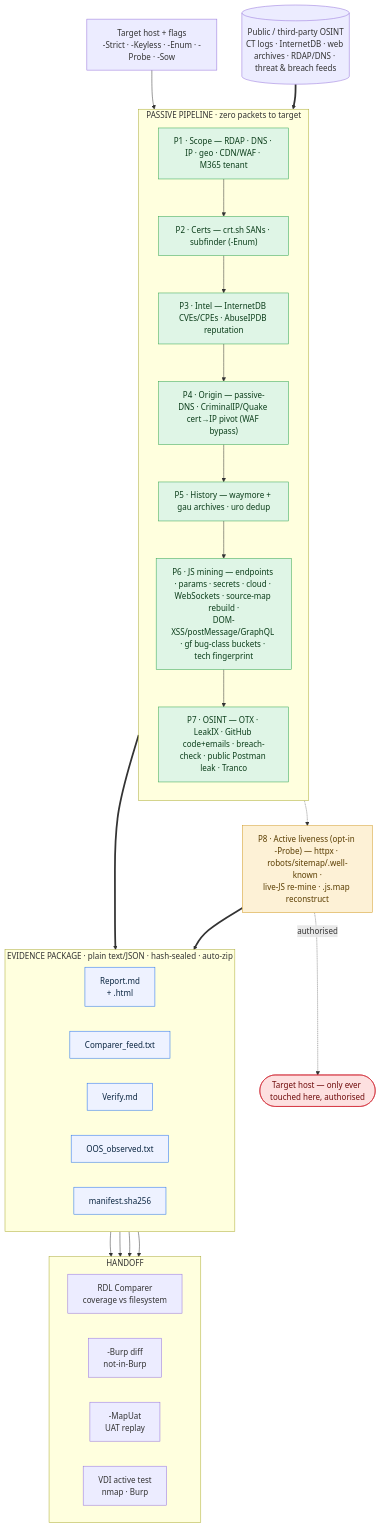
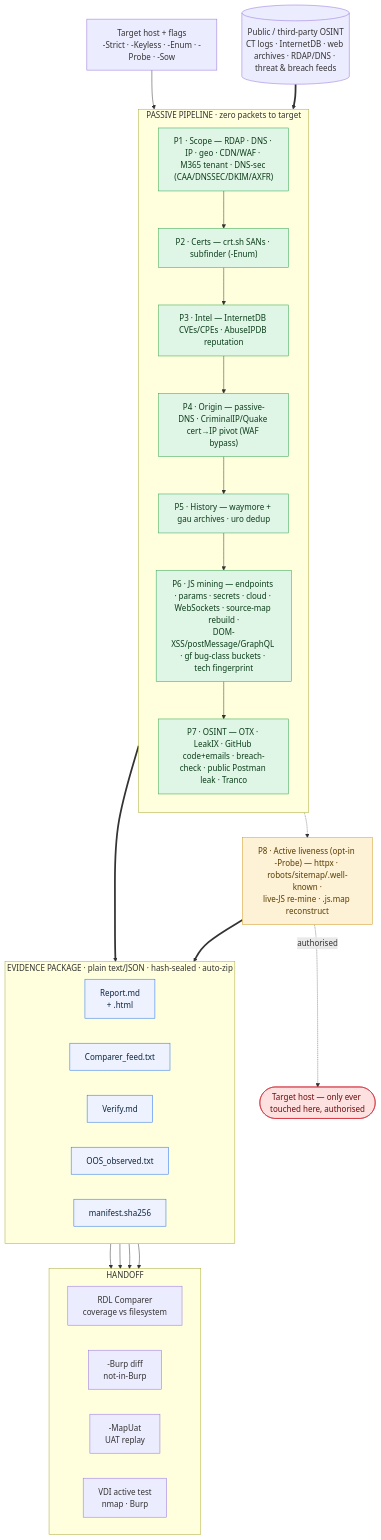
The diagram in README.md (impramodsargar/AssetLens), drawn with Mermaid before and after one commit. The commit also changed other lines of this file and 1 other file, not shown here.

Commit message:
Add DNS security to P1: CAA, DNSSEC, DKIM selectors, AXFR zone-transfer
P1 now also checks (under the -not $Strict guard, so -Strict still skips all
target DNS):
- CAA via Google DoH (Windows Resolve-DnsName has no CAA record type) - which
  CAs may issue; WARN if none (any CA can issue).
- DNSSEC via DNSKEY at the apex - signed vs unsigned (WARN).
- DKIM by probing ~15 common selectors (default/google/selector1-2/k1/...).
- AXFR: a raw-TCP zone-transfer attempt against each authoritative NS (new
  Test-Axfr - Resolve-DnsName can't do AXFR). Detection only: reads the first
  response message (<=64KB), RCODE 0 + ANCOUNT>0 = zone dumpable (WARN); does
  not pull the whole zone. AXFR is the one check that hits the target's own NS
  directly (one TCP each).
Writes 01_scope\dns_security.txt; Report DNS/mail-hygiene line gains DNSSEC +
CAA status and a prominent AXFR-open callout.

Verified: zonetransfer.me -> AXFR ALLOWED (52 records); brokencrystals.com ->
AXFR refused by all 4 NS, CAA none (WARN), DNSSEC signed. AST clean.

````diff
--- a/README.md
+++ b/README.md
@@ -37,54 +37,54 @@
 ```mermaid
 flowchart TB
     IN["Target host + flags<br/>-Strict · -Keyless · -Enum · -Probe · -Sow"]
     SRC[("Public / third-party OSINT<br/>CT logs · InternetDB · web archives · RDAP/DNS · threat &amp; breach feeds")]
 
     subgraph PASSIVE["PASSIVE PIPELINE  ·  zero packets to target"]
         direction TB
-        P1["P1 · Scope — RDAP · DNS · IP · geo · CDN/WAF · M365 tenant"]
+        P1["P1 · Scope — RDAP · DNS · IP · geo · CDN/WAF · M365 tenant · DNS-sec (CAA/DNSSEC/DKIM/AXFR)"]
         P2["P2 · Certs — crt.sh SANs · subfinder (-Enum)"]
         P3["P3 · Intel — InternetDB CVEs/CPEs · AbuseIPDB reputation"]
         P4["P4 · Origin — passive-DNS · CriminalIP/Quake cert→IP pivot (WAF bypass)"]
         P5["P5 · History — waymore + gau archives · uro dedup"]
         P6["P6 · JS mining — endpoints · params · secrets · cloud · WebSockets · source-map rebuild ·<br/>DOM-XSS/postMessage/GraphQL · gf bug-class buckets · tech fingerprint"]
         P7["P7 · OSINT — OTX · LeakIX · GitHub code+emails · breach-check · public Postman leak · Tranco"]
         P1 --> P2 --> P3 --> P4 --> P5 --> P6 --> P7
     end
 
     P8["P8 · Active liveness (opt-in -Probe) — httpx · robots/sitemap/.well-known ·<br/>live-JS re-mine · .js.map reconstruct"]
     TGT(["Target host — only ever touched here, authorised"])
 
     subgraph OUT["EVIDENCE PACKAGE  ·  plain text/JSON · hash-sealed · auto-zip"]
         direction LR
         R["Report.md<br/>+ .html"]
         F["Comparer_feed.txt"]
         V["Verify.md"]
         O["OOS_observed.txt"]
         M["manifest.sha256"]
     end
 
     subgraph HAND["HANDOFF"]
         direction LR
         RDL["RDL Comparer<br/>coverage vs filesystem"]
         BURP["-Burp diff<br/>not-in-Burp"]
         UAT["-MapUat<br/>UAT replay"]
         VDI["VDI active test<br/>nmap · Burp"]
     end
 
     IN --> PASSIVE
     SRC ==> PASSIVE
     PASSIVE ==> OUT
     PASSIVE -.-> P8
     P8 -. "authorised" .-> TGT
     P8 ==> OUT
     OUT --> RDL & BURP & UAT & VDI
 
     classDef pass fill:#dff5e6,stroke:#2ea44f,color:#0b3d1a;
     classDef act fill:#fdf1d6,stroke:#d29922,color:#5a3d00;
     classDef tgt fill:#fde0e0,stroke:#cf222e,color:#6e0b0b;
     classDef out fill:#eef2ff,stroke:#1f6feb,color:#0a2540;
     class P1,P2,P3,P4,P5,P6,P7 pass;
     class P8 act;
     class TGT tgt;
     class R,F,V,O,M out;
 ```
````
